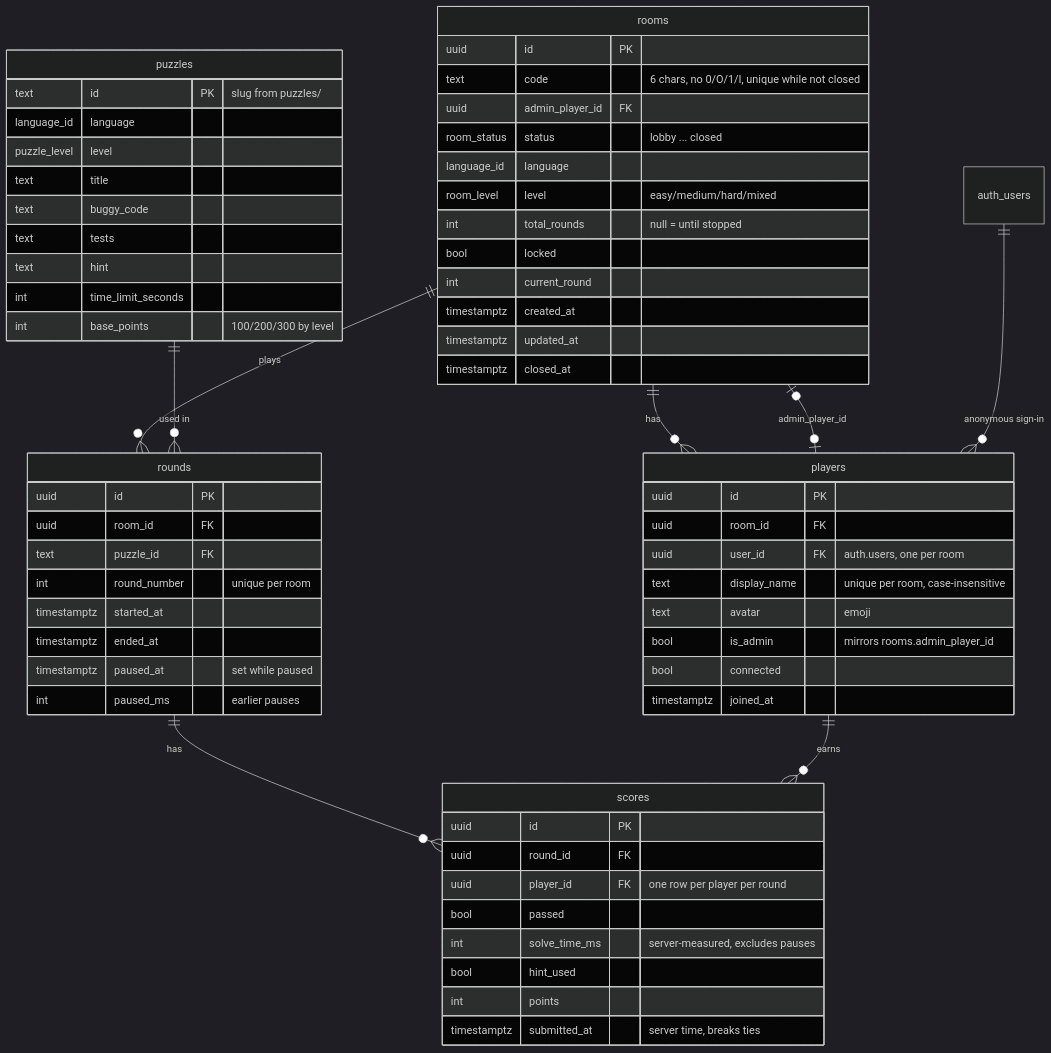
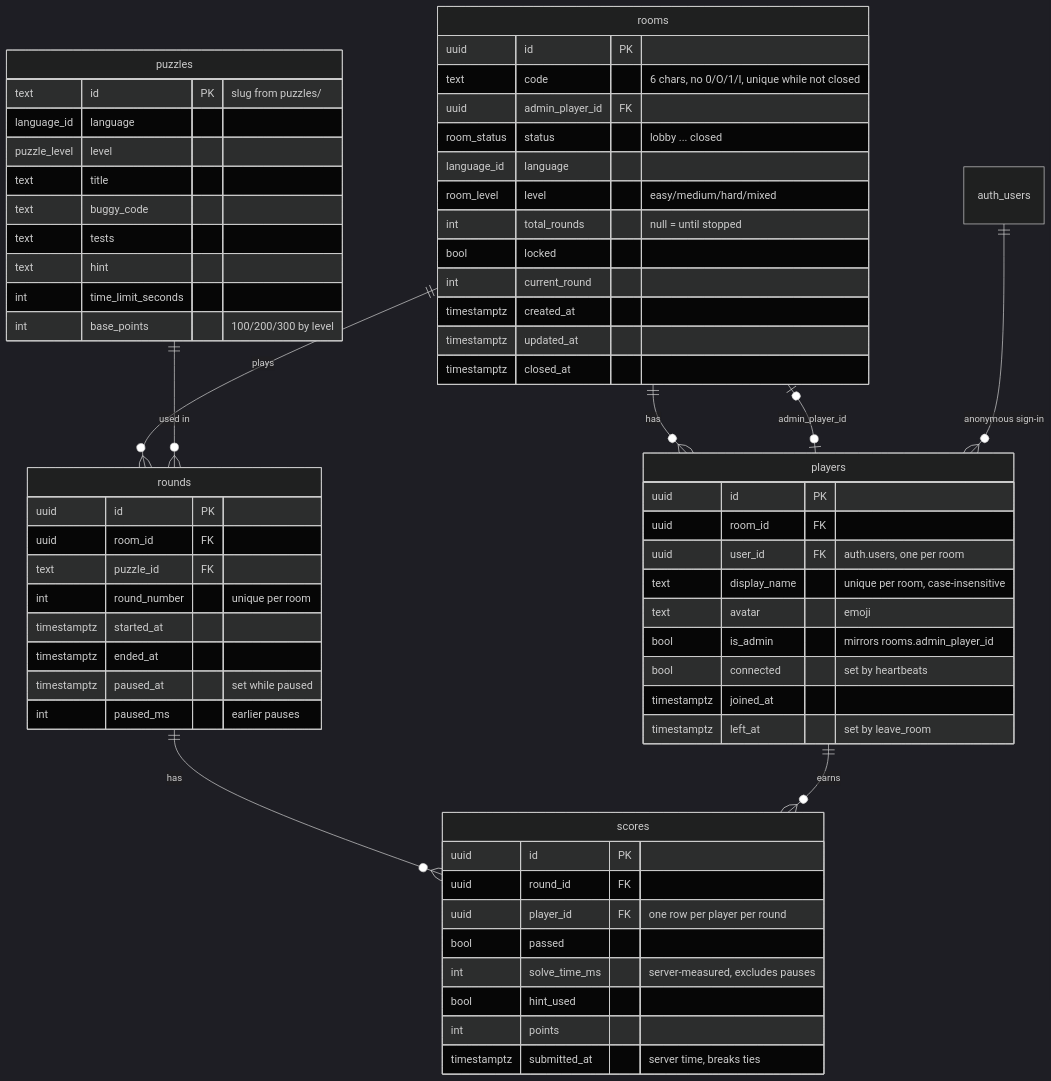
One commit to vandit-bera/Bug-Hunt-Race changed the fourth of 4 diagrams in docs/ARCHITECTURE.md. Above: the diagram before and after it, drawn with Mermaid (dark theme). The commit also changed other lines of this file and 1 other file, not shown here.

````diff
--- a/docs/ARCHITECTURE.md
+++ b/docs/ARCHITECTURE.md
@@ -374,66 +458,67 @@
 ```mermaid
 erDiagram
   rooms ||--o{ players : "has"
   rooms |o--o| players : "admin_player_id"
   rooms ||--o{ rounds : "plays"
   puzzles ||--o{ rounds : "used in"
   rounds ||--o{ scores : "has"
   players ||--o{ scores : "earns"
   auth_users ||--o{ players : "anonymous sign-in"
 
   rooms {
     uuid id PK
     text code "6 chars, no 0/O/1/I, unique while not closed"
     uuid admin_player_id FK
     room_status status "lobby ... closed"
     language_id language
     room_level level "easy/medium/hard/mixed"
     int total_rounds "null = until stopped"
     bool locked
     int current_round
     timestamptz created_at
     timestamptz updated_at
     timestamptz closed_at
   }
   players {
     uuid id PK
     uuid room_id FK
     uuid user_id FK "auth.users, one per room"
     text display_name "unique per room, case-insensitive"
     text avatar "emoji"
     bool is_admin "mirrors rooms.admin_player_id"
-    bool connected
+    bool connected "set by heartbeats"
     timestamptz joined_at
+    timestamptz left_at "set by leave_room"
   }
   puzzles {
     text id PK "slug from puzzles/"
     language_id language
     puzzle_level level
     text title
     text buggy_code
     text tests
     text hint
     int time_limit_seconds
     int base_points "100/200/300 by level"
   }
   rounds {
     uuid id PK
     uuid room_id FK
     text puzzle_id FK
     int round_number "unique per room"
     timestamptz started_at
     timestamptz ended_at
     timestamptz paused_at "set while paused"
     int paused_ms "earlier pauses"
   }
   scores {
     uuid id PK
     uuid round_id FK
     uuid player_id FK "one row per player per round"
     bool passed
     int solve_time_ms "server-measured, excludes pauses"
     bool hint_used
     int points
     timestamptz submitted_at "server time, breaks ties"
   }
 ```
````
